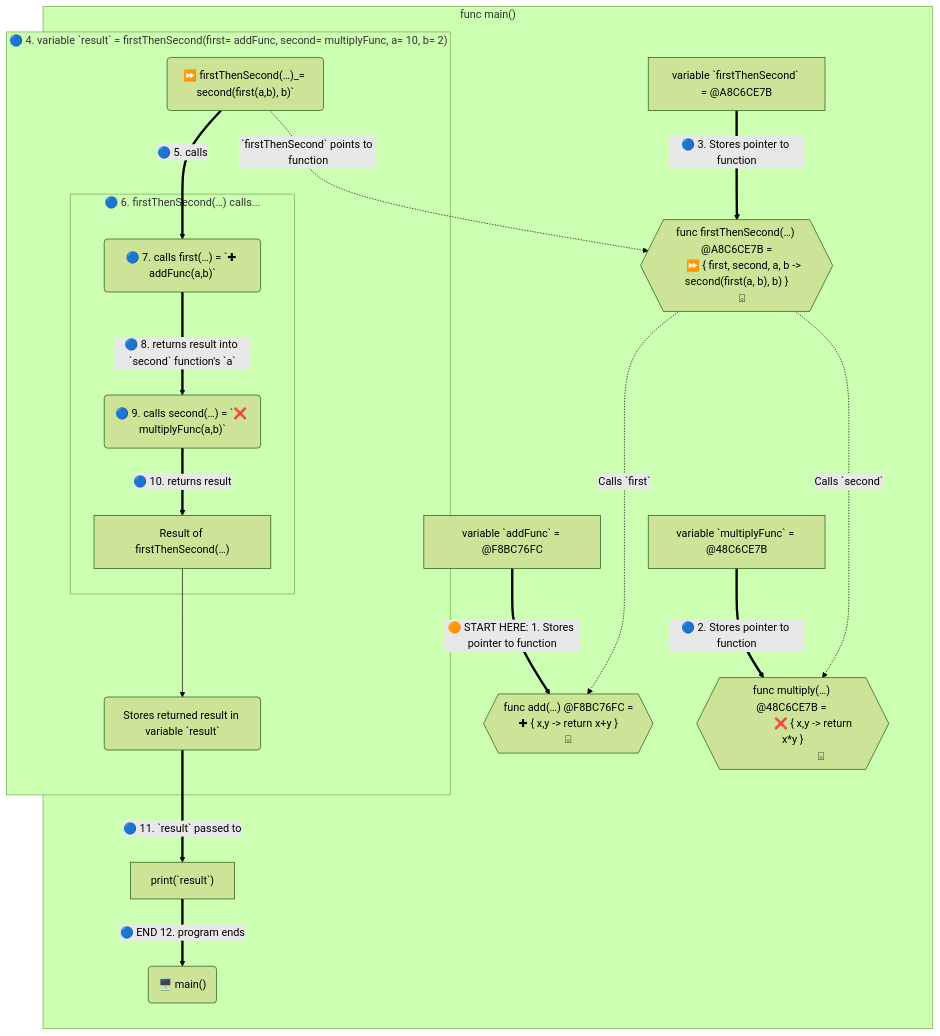
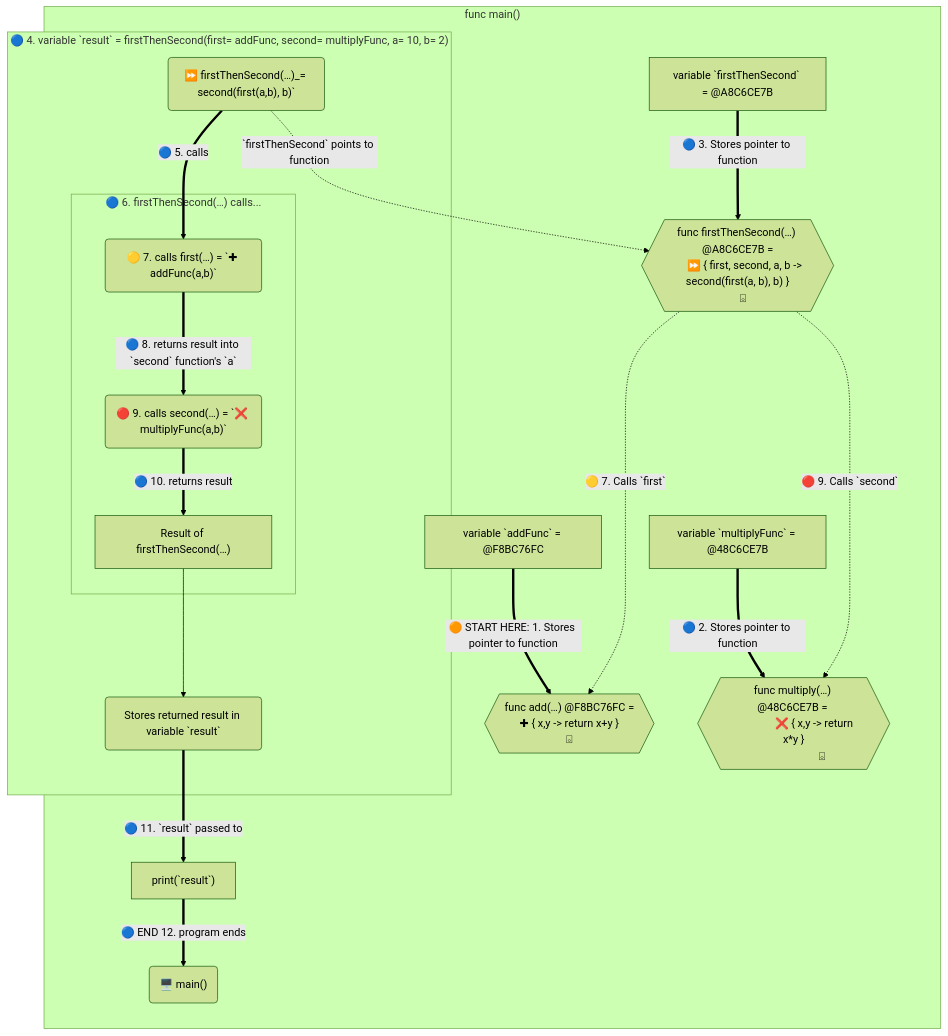
The second of 2 diagrams in 10-FunctionalProgramming.md (realityexpander/How_to_program_from_ground_up), drawn with Mermaid (forest theme) before and after one commit.

Commit message:
improve diagram

````diff
--- a/10-FunctionalProgramming.md
+++ b/10-FunctionalProgramming.md
@@ -77,39 +77,39 @@
 ```mermaid
  flowchart BT
  
  subgraph main["func main()"]
     
 
     X["variable `addFunc` = @F8BC76FC"] ==>|🟠 START HERE: 1. Stores pointer to function| addFn{{" func add(…) @F8BC76FC =
     ✚ { x,y -> return x+y }
     ⌺"}}
     Y["variable `multiplyFunc` = @48C6CE7B"] ==>|🔵 2. Stores pointer to function| multiplyFn{{" func multiply(…) @48C6CE7B = 
                 ❌ { x,y -> return x*y }
                      ⌺"}}
     Z["variable `firstThenSecond` = @A8C6CE7B"] ==>|🔵 3. Stores pointer to function| firstThenSecondFunc{{" func firstThenSecond(…) @A8C6CE7B =
       ⏩ { first, second, a, b -> second(first(a, b), b) }
     ⌺"}}
     
 %%    first -..->|`first` points to function| addFn
 %%    second -...->|`second` points to function| multiplyFn
     D -.->|`firstThenSecond` points to function| firstThenSecondFunc
-    firstThenSecondFunc -...->|Calls `first`| addFn
-    firstThenSecondFunc -...->|Calls `second`| multiplyFn
+    firstThenSecondFunc -...->|🟡 7. Calls `first`| addFn
+    firstThenSecondFunc -...->|🔴 9. Calls `second`| multiplyFn
     
     subgraph result["🔵 4. variable `result` = firstThenSecond(first= addFunc, second= multiplyFunc, a= 10, b= 2)"]
        resultInner["Result of firstThenSecond(…)"] --> E
        D("⏩ firstThenSecond(…)_= second(first(a,b), b)`") ==>|🔵 5. calls| first
        subgraph firstThenSecond[" 🔵 6. firstThenSecond(…) calls..."]
-          first("🔵 7. calls first(…) = `✚ addFunc(a,b)`")==>|🔵 8. returns result into `second` function's `a` | second
+          first("🟡 7. calls first(…) = `✚ addFunc(a,b)`")==>|🔵 8. returns result into `second` function's `a` | second
 %%          second("calls second(…) = `❌ multiplyFunc(a,b)`") ==>|🔵 6. returns result| D
-          second("🔵 9. calls second(…) = `❌ multiplyFunc(a,b)`") ==>|🔵 10. returns result| resultInner
+          second("🔴 9. calls second(…) = `❌ multiplyFunc(a,b)`") ==>|🔵 10. returns result| resultInner
           
        end
     end
     E("Stores returned result in variable `result`") ==>|🔵 11. `result` passed to| F
     F["print(`result`)"]==>|🔵 END 12. program ends| G
  end
  G("🖥️ main()")
  
  
  ```
````
